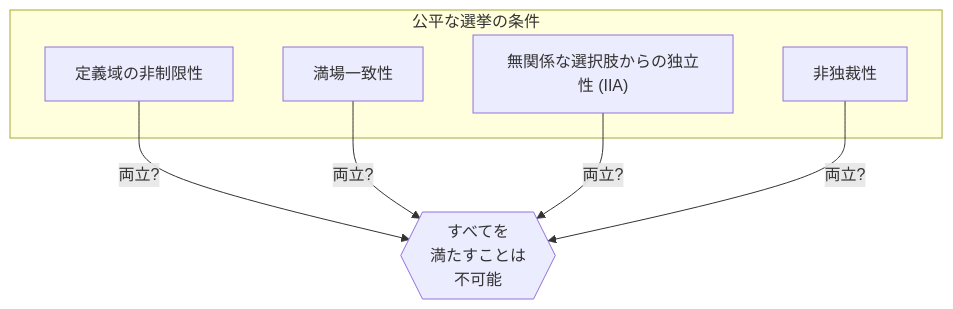
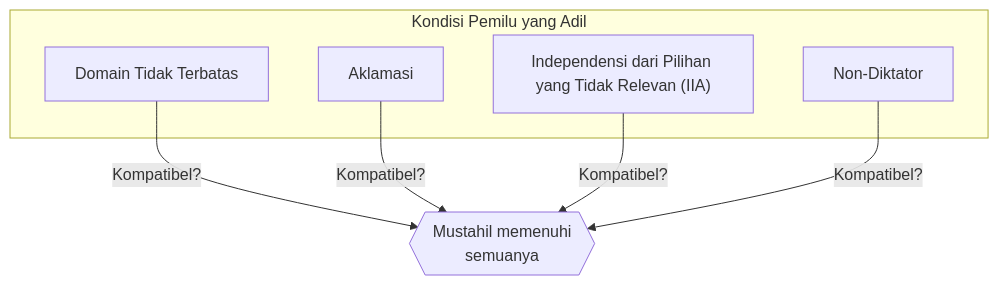
The first of 3 diagrams in content/post/arrows-impossibility-theorem/index.id.md (kenjinote/blog), drawn with Mermaid before and after one commit. The commit also changed other lines of this file and 28 other files, not shown here.

Commit message:
Translate Japanese text inside Mermaid diagrams to respective languages

````diff
--- a/content/post/arrows-impossibility-theorem/index.id.md
+++ b/content/post/arrows-impossibility-theorem/index.id.md
@@ -63,14 +63,14 @@
 ```mermaid
 graph TD
-    subgraph "公平な選挙の条件"
-        C1["定義域の非制限性"]
-        C2["満場一致性"]
-        C3["無関係な選択肢からの独立性 (IIA)"]
-        C4["非独裁性"]
+    subgraph "Kondisi Pemilu yang Adil"
+        C1["Domain Tidak Terbatas"]
+        C2["Aklamasi"]
+        C3["Independensi dari Pilihan yang Tidak Relevan (IIA)"]
+        C4["Non-Diktator"]
     end
     
-    C1 -->|"両立?"| X{{"すべてを\n満たすことは\n不可能"}}
-    C2 -->|"両立?"| X
-    C3 -->|"両立?"| X
-    C4 -->|"両立?"| X
+    C1 -->|"Kompatibel?"| X{{"Mustahil memenuhi\nsemuanya"}}
+    C2 -->|"Kompatibel?"| X
+    C3 -->|"Kompatibel?"| X
+    C4 -->|"Kompatibel?"| X
 ```
````
